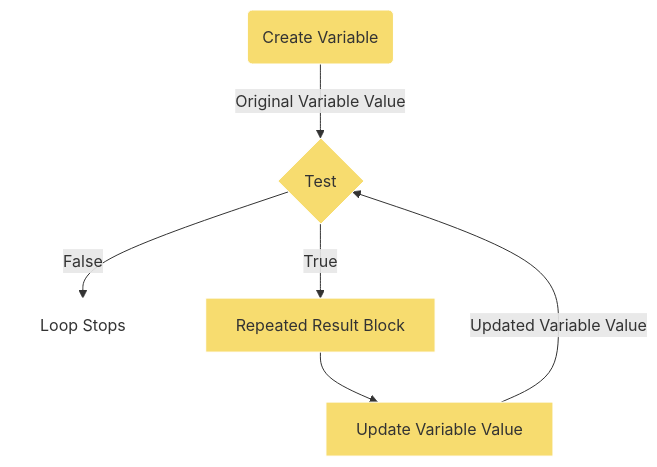
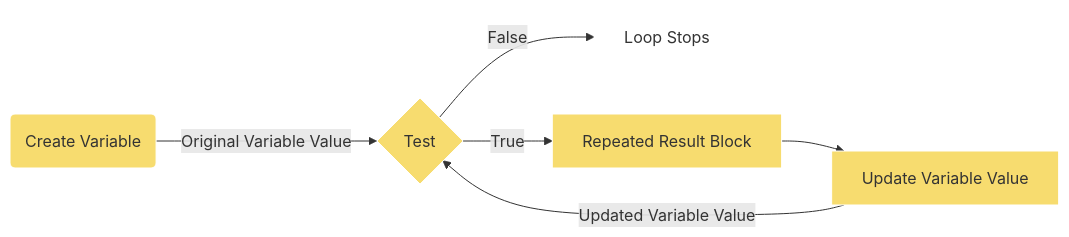
Before and after one commit to lsu-ddem/pathways-site: the diagram in content/1_IntroToCoding/2_MakingThings_Happen/3_Lesson_3/index.md, drawn with Mermaid.

Commit message:
Update Do it again “index”

```diff
--- a/content/1_IntroToCoding/2_MakingThings_Happen/3_Lesson_3/index.md
+++ b/content/1_IntroToCoding/2_MakingThings_Happen/3_Lesson_3/index.md
@@ -23,13 +23,13 @@
 {{<mermaid align="center">}}
-graph TD 
+graph LR 
 H(Create Variable)-->|Original Variable Value|A
  A-->|False| E[Loop Stops]
 A{Test} -->|True| B[Repeated Result Block]
 B-->C[Update Variable Value]
 C-->|Updated Variable Value|A
 style A fill:  #f7dc6f , stroke:#FFFFFF;
 style B fill:  #f7dc6f ,stroke:#FFFFFF;
 style C fill:  #f7dc6f ,stroke:#FFFFFF;
 style E fill: #FFFFFF, stroke:#FFFFFF;
 style H fill:  #f7dc6f ,stroke:#FFFFFF;
 {{< /mermaid >}}
```
